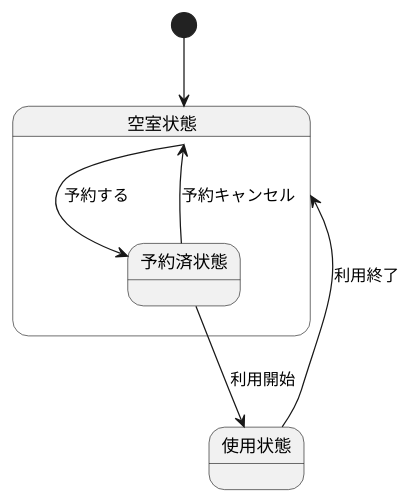
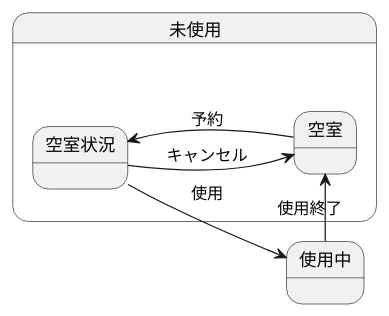
One commit to Charo249/uml_introduction changed the diagram in 513/演習6-2_SD_部屋オブジェクト.pu. Above: the diagram before and after it, drawn with PlantUML.

Commit message:
あああ.pu

```diff
--- a/513/演習6-2_SD_部屋オブジェクト.pu
+++ b/513/演習6-2_SD_部屋オブジェクト.pu
@@ -1,14 +1,11 @@
 @startuml 部屋
-[*] --> 空室状態
-state 空室状態 {
-  空室状態 --> 予約済状態 : 予約する
+left to right direction
+state 未使用 {
+  空室 --> 空室状況 : 予約
+  空室状況 --> 空室 : キャンセル
 }
-state 使用状態 {
-  使用状態 --> 空室状態 : 利用終了
+state 使用中{
+空室状況->使用中 : 使用
+使用中->空室 : 使用終了
 }
-state 予約済状態 {
-  予約済状態 --> 使用状態 : 利用開始
-  予約済状態 --> 空室状態 : 予約キャンセル
-}
-
 @enduml
```
